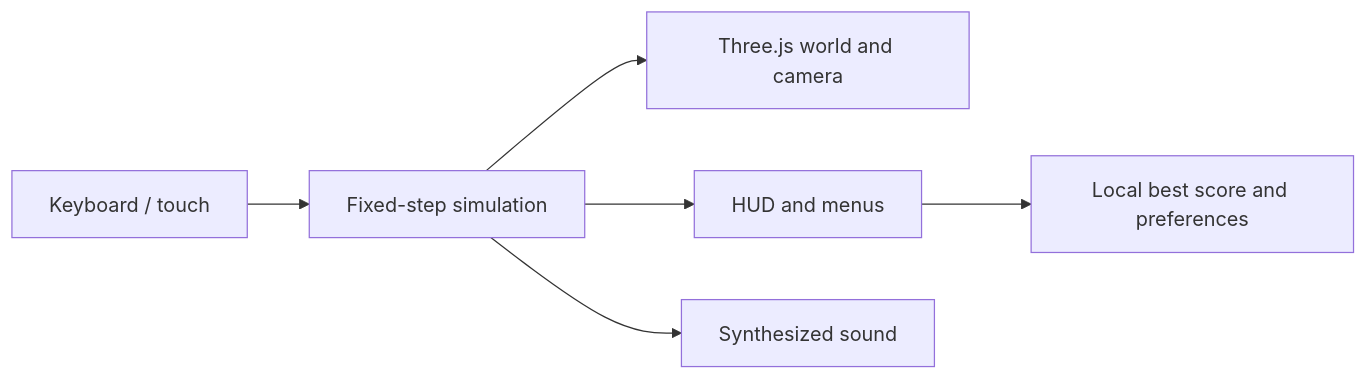
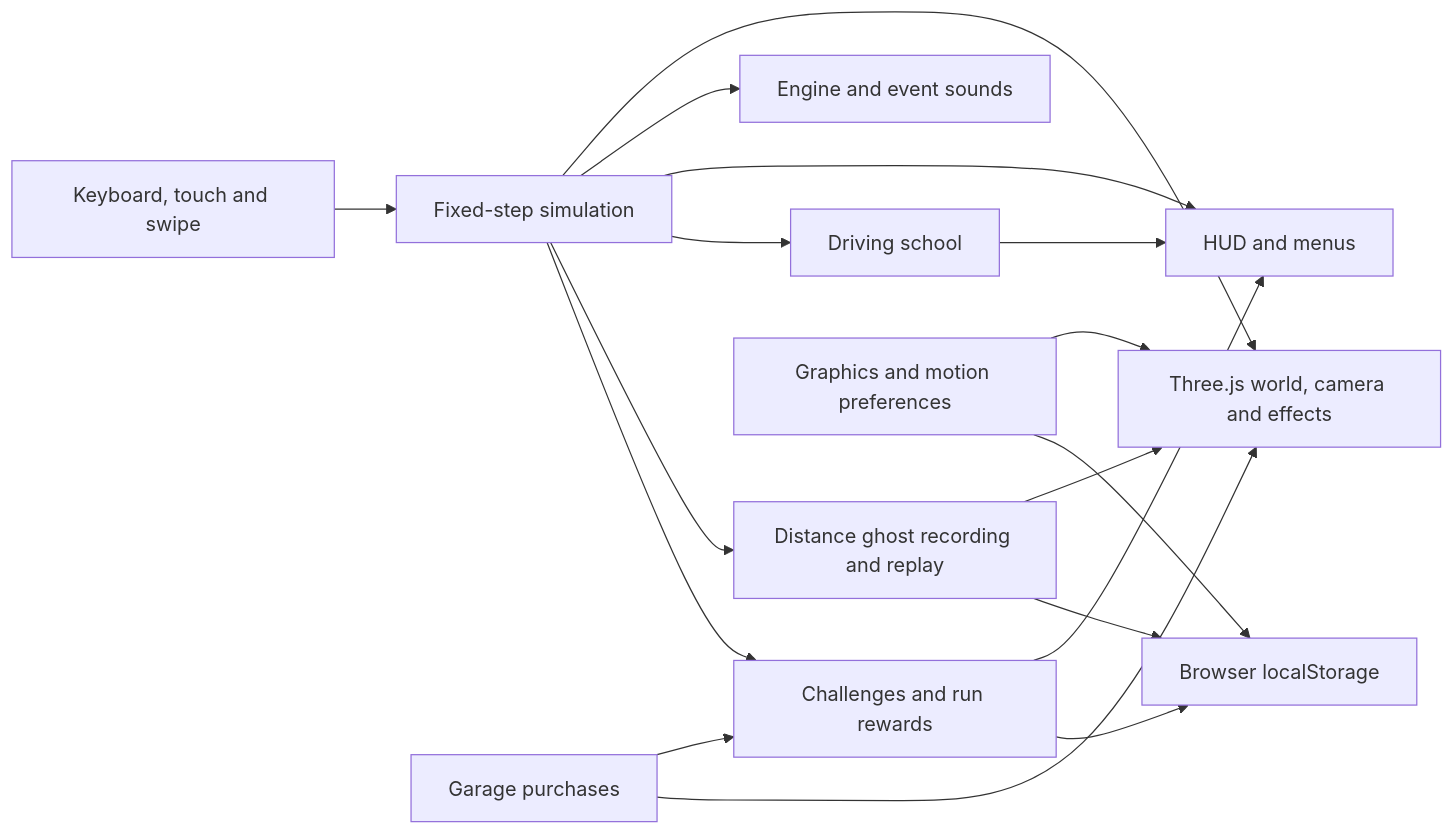
The diagram in README.md (phanindra798/Flying-Car-Game), drawn with Mermaid before and after one commit. The commit also changed other lines of this file and 23 other files, not shown here.

````diff
--- a/README.md
+++ b/README.md
@@ -61,8 +122,19 @@
 ```mermaid
 flowchart LR
-    Input[Keyboard / touch] --> Sim[Fixed-step simulation]
-    Sim --> World[Three.js world and camera]
+    Input[Keyboard, touch and swipe] --> Sim[Fixed-step simulation]
+    Sim --> World[Three.js world, camera and effects]
+    Sim --> Audio[Engine and event sounds]
     Sim --> HUD[HUD and menus]
-    Sim --> Audio[Synthesized sound]
-    HUD --> Store[Local best score and preferences]
+    Sim --> School[Driving school]
+    School --> HUD
+    Sim --> Ghost[Distance ghost recording and replay]
+    Ghost --> World
+    Sim --> Career[Challenges and run rewards]
+    Career --> HUD
+    Garage[Garage purchases] --> Career
+    Garage --> World
+    Settings[Graphics and motion preferences] --> World
+    Ghost --> Storage[Browser localStorage]
+    Career --> Storage
+    Settings --> Storage
 ```
````
